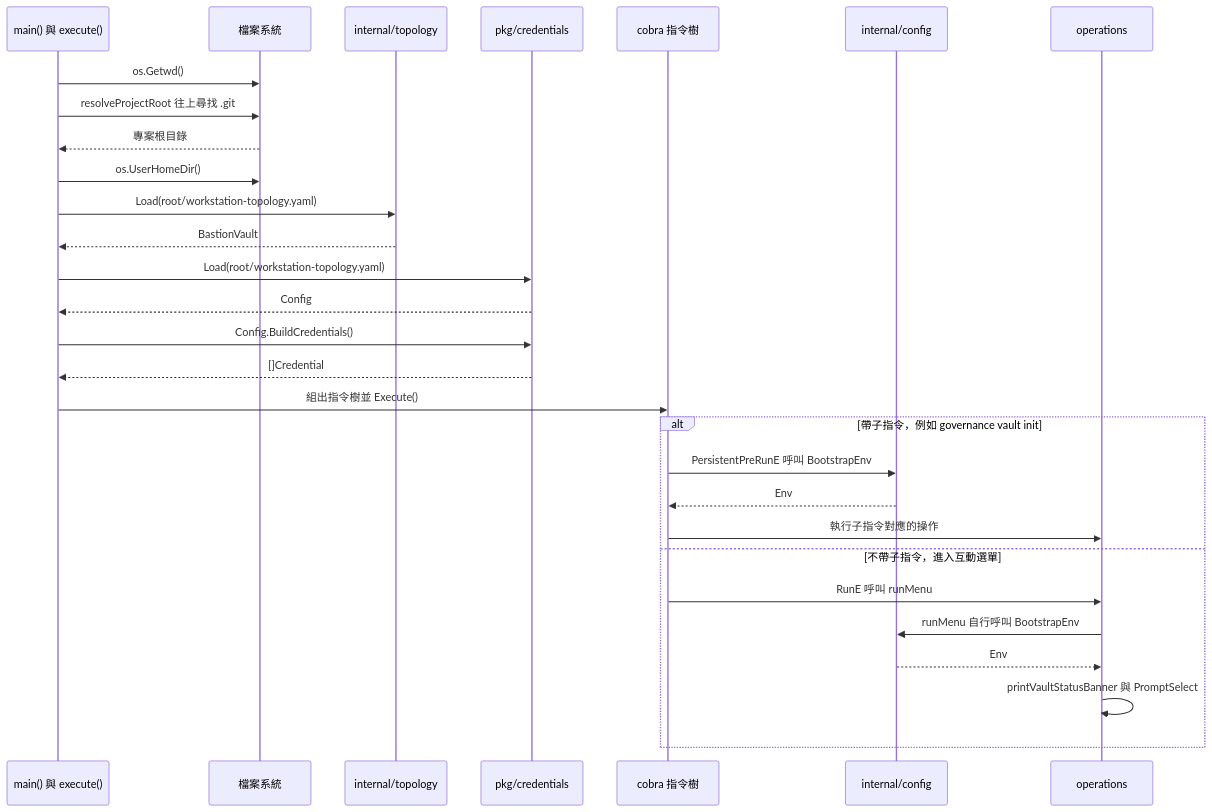
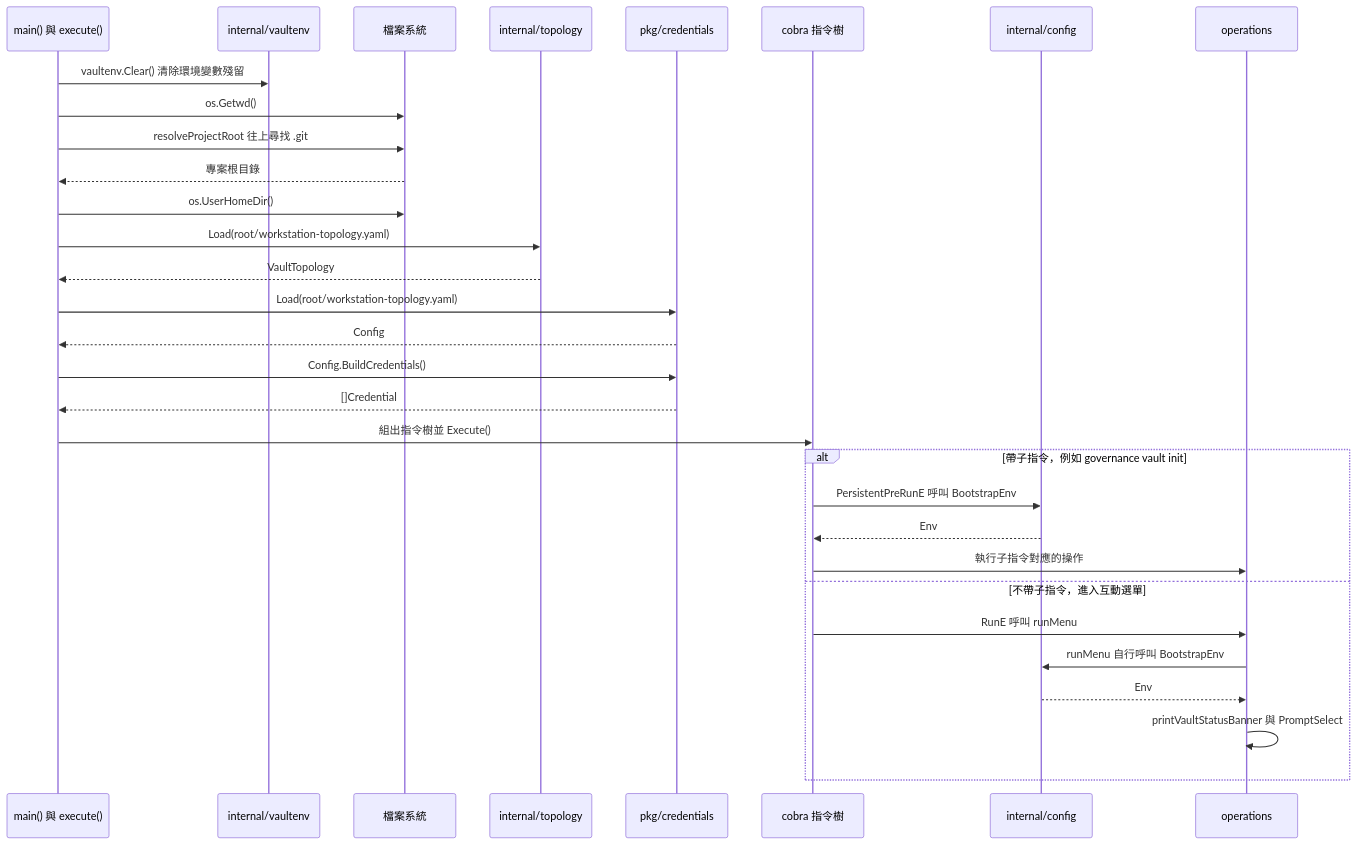
The second of 3 diagrams in tools/governance/README.md (csning1998/parent-group-governance), drawn with Mermaid before and after one commit. The commit also changed other lines of this file, not shown here.

````diff
--- a/tools/governance/README.md
+++ b/tools/governance/README.md
@@ -95,33 +110,35 @@
 ```mermaid
 sequenceDiagram
     participant Main as main() 與 execute()
+    participant VaultEnv as internal/vaultenv
     participant FS as 檔案系統
     participant Topology as internal/topology
     participant Credentials as pkg/credentials
     participant Cobra as cobra 指令樹
     participant Config as internal/config
     participant Op as operations
 
+    Main->>VaultEnv: vaultenv.Clear() 清除環境變數殘留
     Main->>FS: os.Getwd()
     Main->>FS: resolveProjectRoot 往上尋找 .git
     FS-->>Main: 專案根目錄
     Main->>FS: os.UserHomeDir()
     Main->>Topology: Load(root/workstation-topology.yaml)
-    Topology-->>Main: BastionVault
+    Topology-->>Main: VaultTopology
     Main->>Credentials: Load(root/workstation-topology.yaml)
     Credentials-->>Main: Config
     Main->>Credentials: Config.BuildCredentials()
     Credentials-->>Main: []Credential
     Main->>Cobra: 組出指令樹並 Execute()
 
     alt 帶子指令，例如 governance vault init
         Cobra->>Config: PersistentPreRunE 呼叫 BootstrapEnv
         Config-->>Cobra: Env
         Cobra->>Op: 執行子指令對應的操作
     else 不帶子指令，進入互動選單
         Cobra->>Op: RunE 呼叫 runMenu
         Op->>Config: runMenu 自行呼叫 BootstrapEnv
         Config-->>Op: Env
         Op->>Op: printVaultStatusBanner 與 PromptSelect
     end
 ```
````
